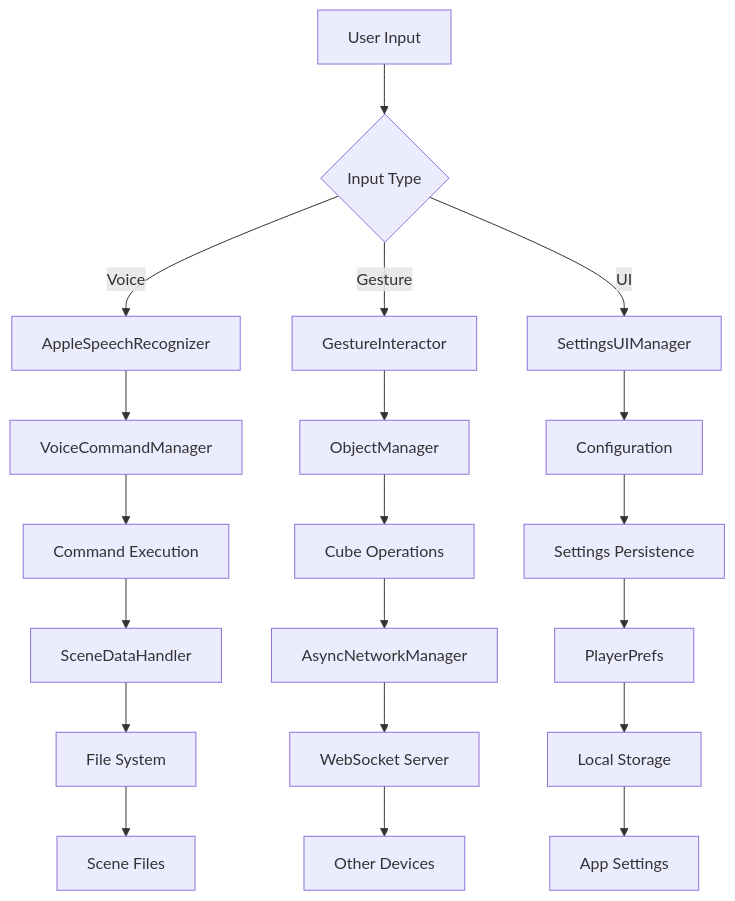
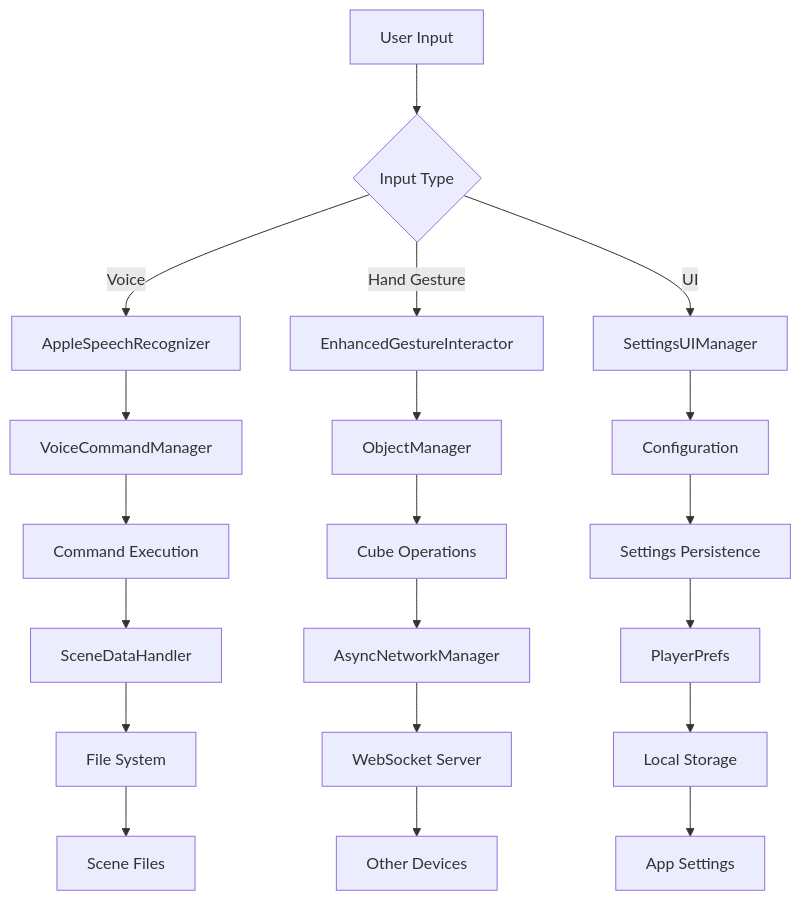
One commit to archilab/NextReality_Unity_AVP changed the diagram in README.md. Above: the diagram before and after it, drawn with Mermaid. The commit also changed other lines of this file and 4 other files, not shown here.

````diff
--- a/README.md
+++ b/README.md
@@ -70,27 +71,27 @@
 ```mermaid
 graph TD
     A[User Input] --> B{Input Type}
     B -->|Voice| C[AppleSpeechRecognizer]
-    B -->|Gesture| D[GestureInteractor]
+    B -->|Hand Gesture| D[EnhancedGestureInteractor]
     B -->|UI| E[SettingsUIManager]
     
     C --> F[VoiceCommandManager]
     D --> G[ObjectManager]
     E --> H[Configuration]
     
     F --> I[Command Execution]
     G --> J[Cube Operations]
     H --> K[Settings Persistence]
     
     I --> L[SceneDataHandler]
     J --> M[AsyncNetworkManager]
     K --> N[PlayerPrefs]
     
     L --> O[File System]
     M --> P[WebSocket Server]
     N --> Q[Local Storage]
     
     P --> R[Other Devices]
     O --> S[Scene Files]
     Q --> T[App Settings]
 ```
````
